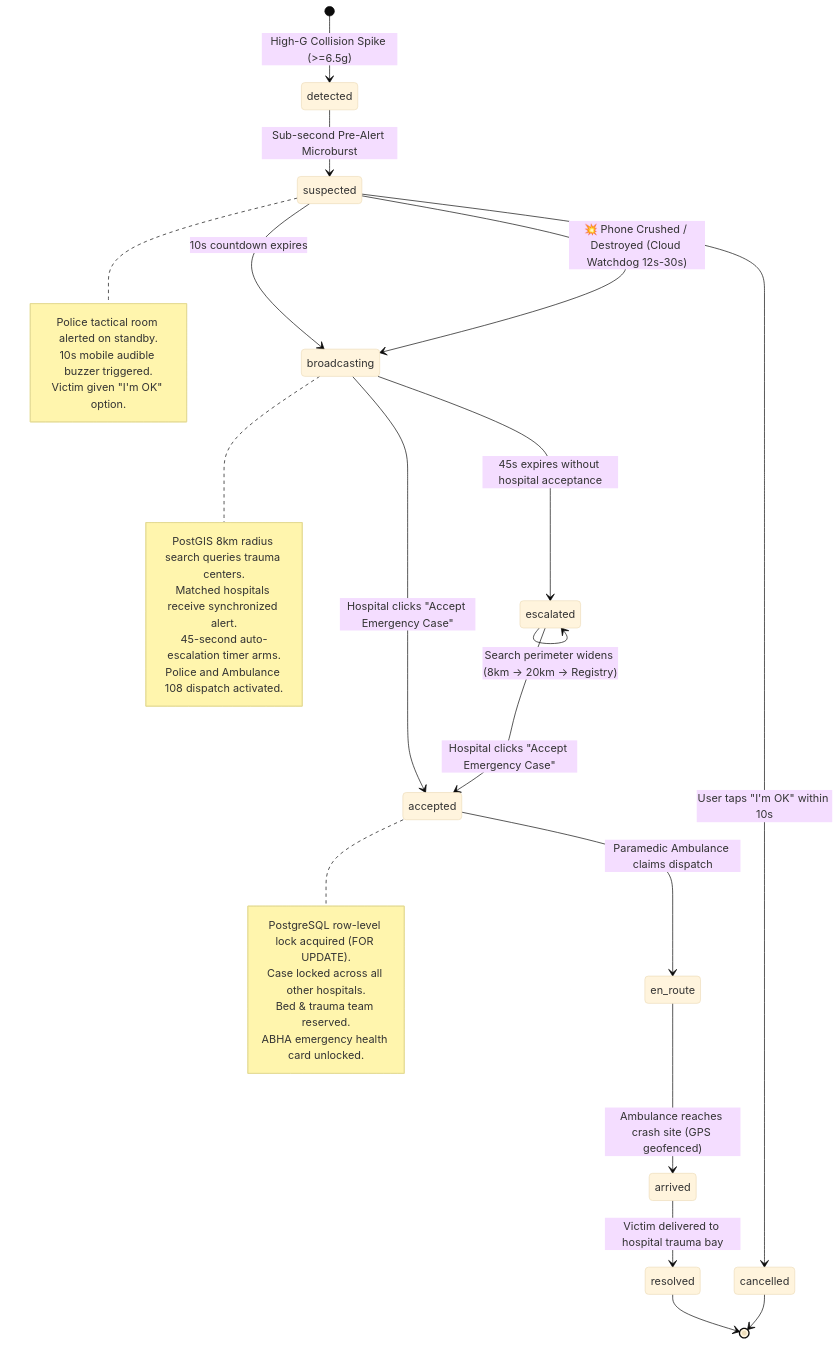
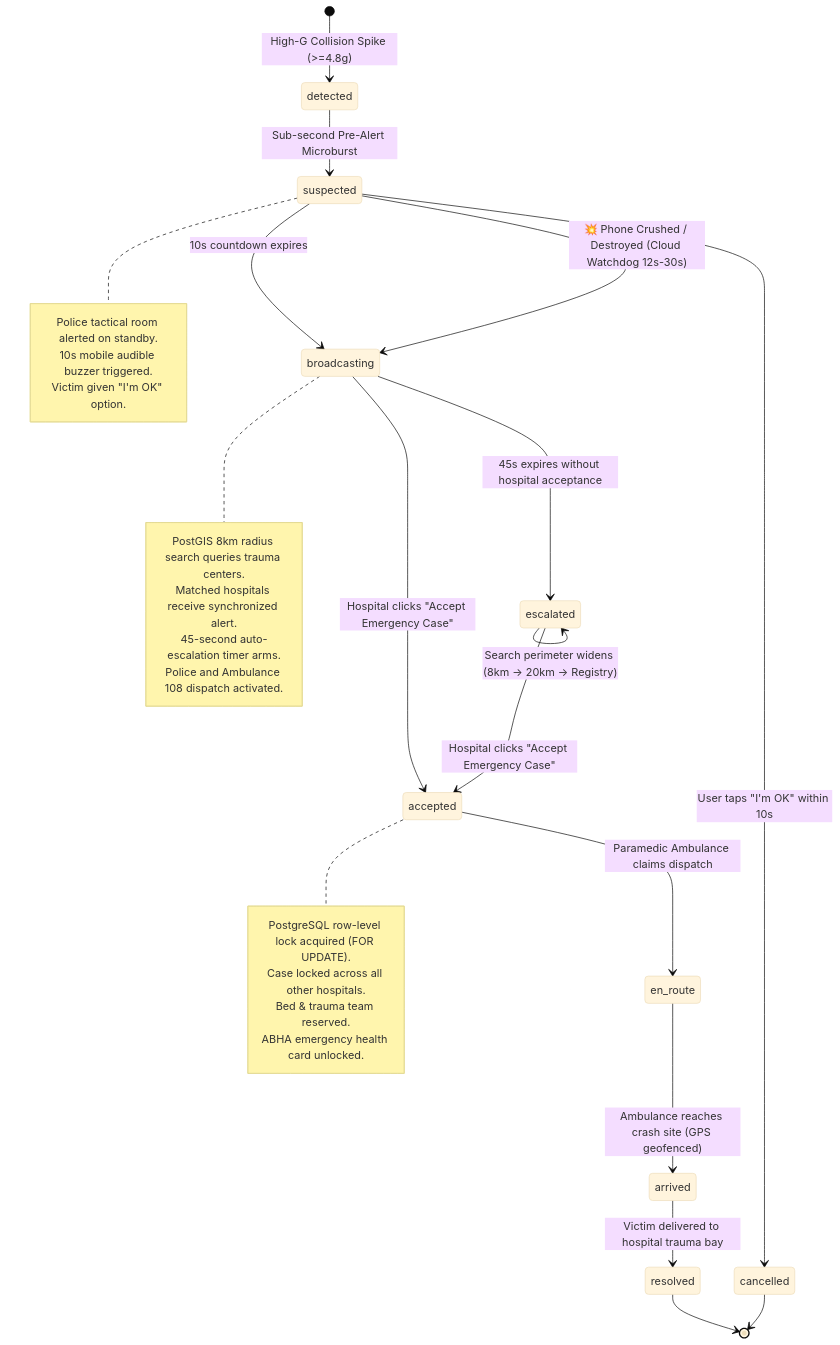
The second of 3 diagrams in README_CODEBASE_EXPLAINED.md (StevinJoseph22/Rakshak-AI), drawn with Mermaid (base theme) before and after one commit.

````diff
--- a/README_CODEBASE_EXPLAINED.md
+++ b/README_CODEBASE_EXPLAINED.md
@@ -73,41 +73,41 @@
 ```mermaid
 stateDiagram-v2
-    [*] --> detected: High-G Collision Spike (>=6.5g)
+    [*] --> detected: High-G Collision Spike (>=4.8g)
     detected --> suspected: Sub-second Pre-Alert Microburst
     
     note right of suspected
         Police tactical room alerted on standby.
         10s mobile audible buzzer triggered.
         Victim given "I'm OK" option.
     end note
 
     suspected --> cancelled: User taps "I'm OK" within 10s
     suspected --> broadcasting: 10s countdown expires
     suspected --> broadcasting: 💥 Phone Crushed / Destroyed (Cloud Watchdog 12s-30s)
     
     note right of broadcasting
         PostGIS 8km radius search queries trauma centers.
         Matched hospitals receive synchronized alert.
         45-second auto-escalation timer arms.
         Police and Ambulance 108 dispatch activated.
     end note
 
     broadcasting --> escalated: 45s expires without hospital acceptance
     escalated --> escalated: Search perimeter widens (8km -> 20km -> Registry)
     
     broadcasting --> accepted: Hospital clicks "Accept Emergency Case"
     escalated --> accepted: Hospital clicks "Accept Emergency Case"
     
     note right of accepted
         PostgreSQL row-level lock acquired (FOR UPDATE).
         Case locked across all other hospitals.
         Bed & trauma team reserved.
         ABHA emergency health card unlocked.
     end note
 
     accepted --> en_route: Paramedic Ambulance claims dispatch
     en_route --> arrived: Ambulance reaches crash site (GPS geofenced)
     arrived --> resolved: Victim delivered to hospital trauma bay
     resolved --> [*]
     cancelled --> [*]
 ```
````
